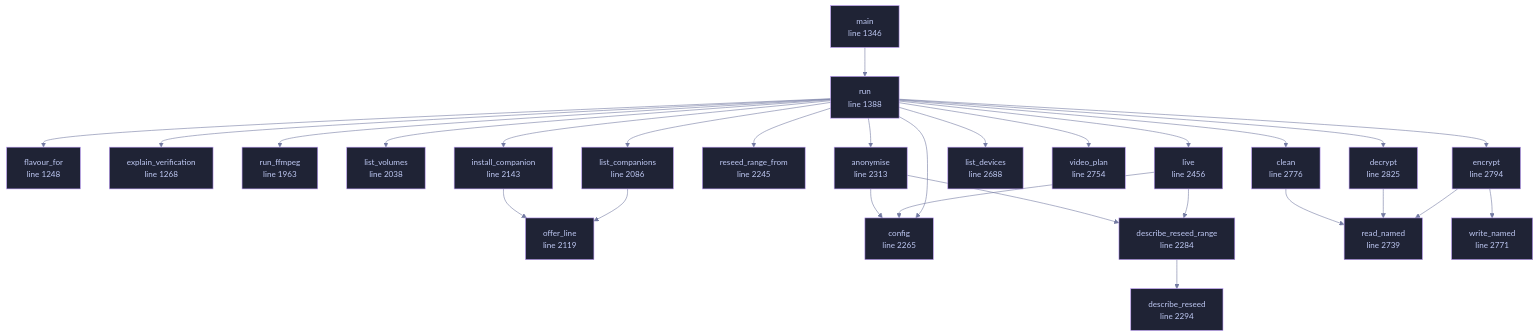
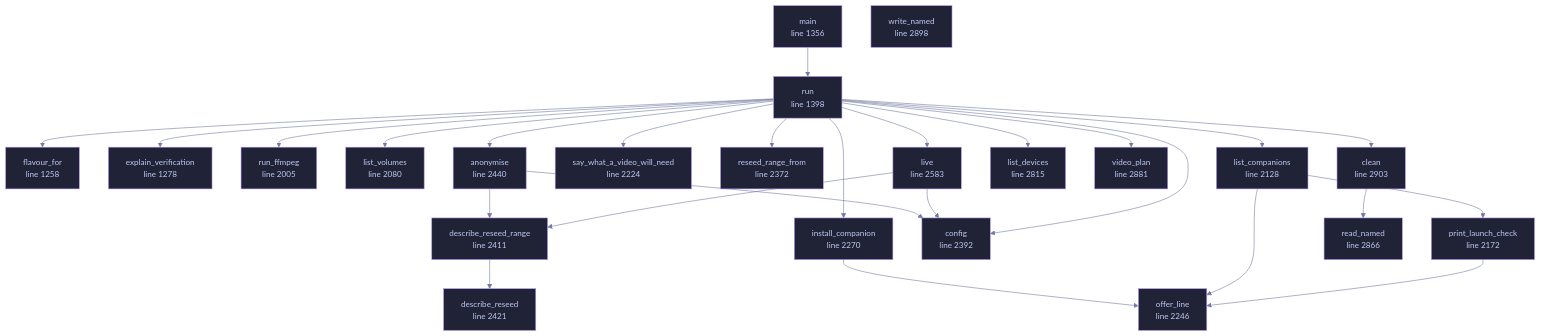
One commit to tilas01/veilvoice changed the diagram in docs/files/veilvoice-cli/main.md. Above: the diagram before and after it, drawn with Mermaid. The commit also changed other lines of this file and 65 other files, not shown here.

````diff
--- a/docs/files/veilvoice-cli/main.md
+++ b/docs/files/veilvoice-cli/main.md
@@ -135,77 +135,75 @@
 ```mermaid
 %%{init: {"theme":"base","themeVariables":{"background":"#1a1b26","primaryColor":"#1f2335","primaryTextColor":"#c0caf5","primaryBorderColor":"#7aa2f7","secondaryColor":"#16161e","tertiaryColor":"#16161e","lineColor":"#737aa2","textColor":"#c0caf5","mainBkg":"#1f2335","nodeBorder":"#7aa2f7","clusterBkg":"#16161e","clusterBorder":"#2f3549","fontFamily":"ui-monospace, SFMono-Regular, Consolas, monospace","fontSize":"14px"}}}%%
 flowchart TD
-    n_flavour_for["flavour_for<br/>line 1248"]
-    n_explain_verification["explain_verification<br/>line 1268"]
-    n_main["main<br/>line 1346"]
-    n_run["run<br/>line 1388"]
-    n_run_ffmpeg["run_ffmpeg<br/>line 1963"]
-    n_list_volumes["list_volumes<br/>line 2038"]
-    n_list_companions["list_companions<br/>line 2086"]
-    n_offer_line["offer_line<br/>line 2119"]
-    n_install_companion["install_companion<br/>line 2143"]
-    n_reseed_range_from["reseed_range_from<br/>line 2245"]
-    n_config["config<br/>line 2265"]
-    n_describe_reseed_range["describe_reseed_range<br/>line 2284"]
-    n_describe_reseed["describe_reseed<br/>line 2294"]
-    n_anonymise["anonymise<br/>line 2313"]
-    n_live["live<br/>line 2456"]
-    n_list_devices["list_devices<br/>line 2688"]
-    n_read_named["read_named<br/>line 2739"]
-    n_video_plan["video_plan<br/>line 2754"]
-    n_write_named["write_named<br/>line 2771"]
-    n_clean["clean<br/>line 2776"]
-    n_encrypt["encrypt<br/>line 2794"]
-    n_decrypt["decrypt<br/>line 2825"]
+    n_flavour_for["flavour_for<br/>line 1258"]
+    n_explain_verification["explain_verification<br/>line 1278"]
+    n_main["main<br/>line 1356"]
+    n_run["run<br/>line 1398"]
+    n_run_ffmpeg["run_ffmpeg<br/>line 2005"]
+    n_list_volumes["list_volumes<br/>line 2080"]
+    n_list_companions["list_companions<br/>line 2128"]
+    n_print_launch_check["print_launch_check<br/>line 2172"]
+    n_say_what_a_video_will_need["say_what_a_video_will_need<br/>line 2224"]
+    n_offer_line["offer_line<br/>line 2246"]
+    n_install_companion["install_companion<br/>line 2270"]
+    n_reseed_range_from["reseed_range_from<br/>line 2372"]
+    n_config["config<br/>line 2392"]
+    n_describe_reseed_range["describe_reseed_range<br/>line 2411"]
+    n_describe_reseed["describe_reseed<br/>line 2421"]
+    n_anonymise["anonymise<br/>line 2440"]
+    n_live["live<br/>line 2583"]
+    n_list_devices["list_devices<br/>line 2815"]
+    n_read_named["read_named<br/>line 2866"]
+    n_video_plan["video_plan<br/>line 2881"]
+    n_write_named["write_named<br/>line 2898"]
+    n_clean["clean<br/>line 2903"]
     n_anonymise --> n_config
     n_anonymise --> n_describe_reseed_range
     n_clean --> n_read_named
-    n_decrypt --> n_read_named
     n_describe_reseed_range --> n_describe_reseed
-    n_encrypt --> n_read_named
-    n_encrypt --> n_write_named
     n_install_companion --> n_offer_line
     n_list_companions --> n_offer_line
+    n_list_companions --> n_print_launch_check
     n_live --> n_config
     n_live --> n_describe_reseed_range
     n_main --> n_run
+    n_print_launch_check --> n_offer_line
     n_run --> n_anonymise
     n_run --> n_clean
     n_run --> n_config
-    n_run --> n_decrypt
-    n_run --> n_encrypt
     n_run --> n_explain_verification
     n_run --> n_flavour_for
     n_run --> n_install_companion
     n_run --> n_list_companions
     n_run --> n_list_devices
     n_run --> n_list_volumes
     n_run --> n_live
     n_run --> n_reseed_range_from
     n_run --> n_run_ffmpeg
+    n_run --> n_say_what_a_video_will_need
     n_run --> n_video_plan
-    click n_flavour_for href "https://github.com/tilas01/veilvoice/blob/main/crates/veilvoice-cli/src/main.rs#L1248" "open the source"
-    click n_explain_verification href "https://github.com/tilas01/veilvoice/blob/main/crates/veilvoice-cli/src/main.rs#L1268" "open the source"
-    click n_main href "https://github.com/tilas01/veilvoice/blob/main/crates/veilvoice-cli/src/main.rs#L1346" "open the source"
-    click n_run href "https://github.com/tilas01/veilvoice/blob/main/crates/veilvoice-cli/src/main.rs#L1388" "open the source"
-    click n_run_ffmpeg href "https://github.com/tilas01/veilvoice/blob/main/crates/veilvoice-cli/src/main.rs#L1963" "open the source"
-    click n_list_volumes href "https://github.com/tilas01/veilvoice/blob/main/crates/veilvoice-cli/src/main.rs#L2038" "open the source"
-    click n_list_companions href "https://github.com/tilas01/veilvoice/blob/main/crates/veilvoice-cli/src/main.rs#L2086" "open the source"
-    click n_offer_line href "https://github.com/tilas01/veilvoice/blob/main/crates/veilvoice-cli/src/main.rs#L2119" "open the source"
-    click n_install_companion href "https://github.com/tilas01/veilvoice/blob/main/crates/veilvoice-cli/src/main.rs#L2143" "open the source"
-    click n_reseed_range_from href "https://github.com/tilas01/veilvoice/blob/main/crates/veilvoice-cli/src/main.rs#L2245" "open the source"
-    click n_config href "https://github.com/tilas01/veilvoice/blob/main/crates/veilvoice-cli/src/main.rs#L2265" "open the source"
-    click n_describe_reseed_range href "https://github.com/tilas01/veilvoice/blob/main/crates/veilvoice-cli/src/main.rs#L2284" "open the source"
-    click n_describe_reseed href "https://github.com/tilas01/veilvoice/blob/main/crates/veilvoice-cli/src/main.rs#L2294" "open the source"
-    click n_anonymise href "https://github.com/tilas01/veilvoice/blob/main/crates/veilvoice-cli/src/main.rs#L2313" "open the source"
-    click n_live href "https://github.com/tilas01/veilvoice/blob/main/crates/veilvoice-cli/src/main.rs#L2456" "open the source"
-    click n_list_devices href "https://github.com/tilas01/veilvoice/blob/main/crates/veilvoice-cli/src/main.rs#L2688" "open the source"
-    click n_read_named href "https://github.com/tilas01/veilvoice/blob/main/crates/veilvoice-cli/src/main.rs#L2739" "open the source"
-    click n_video_plan href "https://github.com/tilas01/veilvoice/blob/main/crates/veilvoice-cli/src/main.rs#L2754" "open the source"
-    click n_write_named href "https://github.com/tilas01/veilvoice/blob/main/crates/veilvoice-cli/src/main.rs#L2771" "open the source"
-    click n_clean href "https://github.com/tilas01/veilvoice/blob/main/crates/veilvoice-cli/src/main.rs#L2776" "open the source"
-    click n_encrypt href "https://github.com/tilas01/veilvoice/blob/main/crates/veilvoice-cli/src/main.rs#L2794" "open the source"
-    click n_decrypt href "https://github.com/tilas01/veilvoice/blob/main/crates/veilvoice-cli/src/main.rs#L2825" "open the source"
+    click n_flavour_for href "https://github.com/tilas01/veilvoice/blob/main/crates/veilvoice-cli/src/main.rs#L1258" "open the source"
+    click n_explain_verification href "https://github.com/tilas01/veilvoice/blob/main/crates/veilvoice-cli/src/main.rs#L1278" "open the source"
+    click n_main href "https://github.com/tilas01/veilvoice/blob/main/crates/veilvoice-cli/src/main.rs#L1356" "open the source"
+    click n_run href "https://github.com/tilas01/veilvoice/blob/main/crates/veilvoice-cli/src/main.rs#L1398" "open the source"
+    click n_run_ffmpeg href "https://github.com/tilas01/veilvoice/blob/main/crates/veilvoice-cli/src/main.rs#L2005" "open the source"
+    click n_list_volumes href "https://github.com/tilas01/veilvoice/blob/main/crates/veilvoice-cli/src/main.rs#L2080" "open the source"
+    click n_list_companions href "https://github.com/tilas01/veilvoice/blob/main/crates/veilvoice-cli/src/main.rs#L2128" "open the source"
+    click n_print_launch_check href "https://github.com/tilas01/veilvoice/blob/main/crates/veilvoice-cli/src/main.rs#L2172" "open the source"
+    click n_say_what_a_video_will_need href "https://github.com/tilas01/veilvoice/blob/main/crates/veilvoice-cli/src/main.rs#L2224" "open the source"
+    click n_offer_line href "https://github.com/tilas01/veilvoice/blob/main/crates/veilvoice-cli/src/main.rs#L2246" "open the source"
+    click n_install_companion href "https://github.com/tilas01/veilvoice/blob/main/crates/veilvoice-cli/src/main.rs#L2270" "open the source"
+    click n_reseed_range_from href "https://github.com/tilas01/veilvoice/blob/main/crates/veilvoice-cli/src/main.rs#L2372" "open the source"
+    click n_config href "https://github.com/tilas01/veilvoice/blob/main/crates/veilvoice-cli/src/main.rs#L2392" "open the source"
+    click n_describe_reseed_range href "https://github.com/tilas01/veilvoice/blob/main/crates/veilvoice-cli/src/main.rs#L2411" "open the source"
+    click n_describe_reseed href "https://github.com/tilas01/veilvoice/blob/main/crates/veilvoice-cli/src/main.rs#L2421" "open the source"
+    click n_anonymise href "https://github.com/tilas01/veilvoice/blob/main/crates/veilvoice-cli/src/main.rs#L2440" "open the source"
+    click n_live href "https://github.com/tilas01/veilvoice/blob/main/crates/veilvoice-cli/src/main.rs#L2583" "open the source"
+    click n_list_devices href "https://github.com/tilas01/veilvoice/blob/main/crates/veilvoice-cli/src/main.rs#L2815" "open the source"
+    click n_read_named href "https://github.com/tilas01/veilvoice/blob/main/crates/veilvoice-cli/src/main.rs#L2866" "open the source"
+    click n_video_plan href "https://github.com/tilas01/veilvoice/blob/main/crates/veilvoice-cli/src/main.rs#L2881" "open the source"
+    click n_write_named href "https://github.com/tilas01/veilvoice/blob/main/crates/veilvoice-cli/src/main.rs#L2898" "open the source"
+    click n_clean href "https://github.com/tilas01/veilvoice/blob/main/crates/veilvoice-cli/src/main.rs#L2903" "open the source"
     classDef helper fill:#1f2335,stroke:#bb9af7,color:#c0caf5
-    class n_flavour_for,n_explain_verification,n_main,n_run,n_run_ffmpeg,n_list_volumes,n_list_companions,n_offer_line,n_install_companion,n_reseed_range_from,n_config,n_describe_reseed_range,n_describe_reseed,n_anonymise,n_live,n_list_devices,n_read_named,n_video_plan,n_write_named,n_clean,n_encrypt,n_decrypt helper
+    class n_flavour_for,n_explain_verification,n_main,n_run,n_run_ffmpeg,n_list_volumes,n_list_companions,n_print_launch_check,n_say_what_a_video_will_need,n_offer_line,n_install_companion,n_reseed_range_from,n_config,n_describe_reseed_range,n_describe_reseed,n_anonymise,n_live,n_list_devices,n_read_named,n_video_plan,n_write_named,n_clean helper
 ```
````
